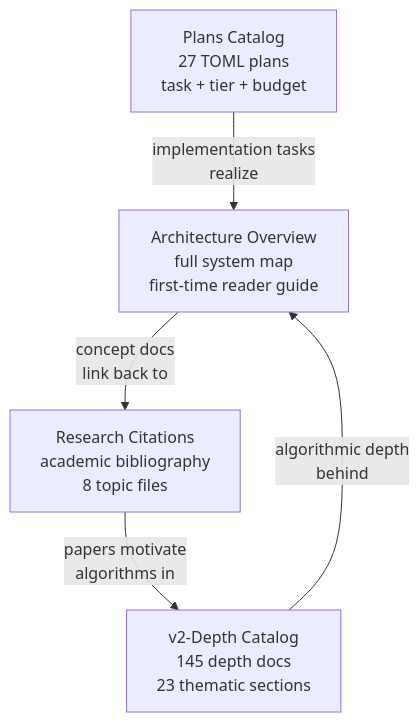
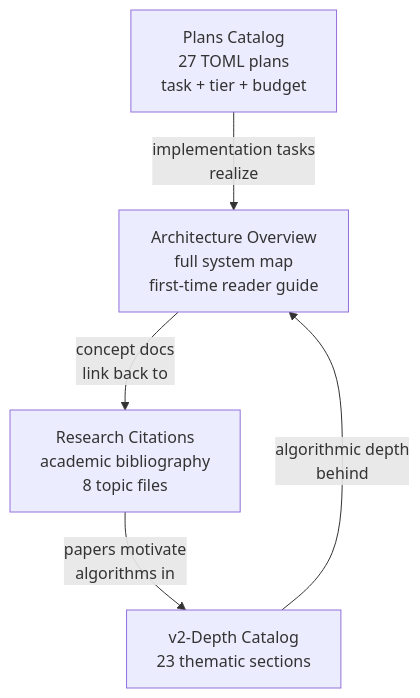
The diagram in tmp/reference/README.md (wpank/ironclaw), drawn with Mermaid before and after one commit. The commit also changed other lines of this file and 113 other files, not shown here.

````diff
--- a/tmp/reference/README.md
+++ b/tmp/reference/README.md
@@ -30,12 +30,12 @@
 ```mermaid
 graph TD
     OVERVIEW["Architecture Overview\nfull system map\nfirst-time reader guide"]
     CITATIONS["Research Citations\nacademic bibliography\n8 topic files"]
-    V2DEPTH["v2-Depth Catalog\n145 depth docs\n23 thematic sections"]
+    V2DEPTH["v2-Depth Catalog\n23 thematic sections"]
     PLANS["Plans Catalog\n27 TOML plans\ntask + tier + budget"]
 
     OVERVIEW -->|"concept docs\nlink back to"| CITATIONS
     V2DEPTH -->|"algorithmic depth\nbehind"| OVERVIEW
     PLANS -->|"implementation tasks\nrealize"| OVERVIEW
     CITATIONS -->|"papers motivate\nalgorithms in"| V2DEPTH
 ```
````
